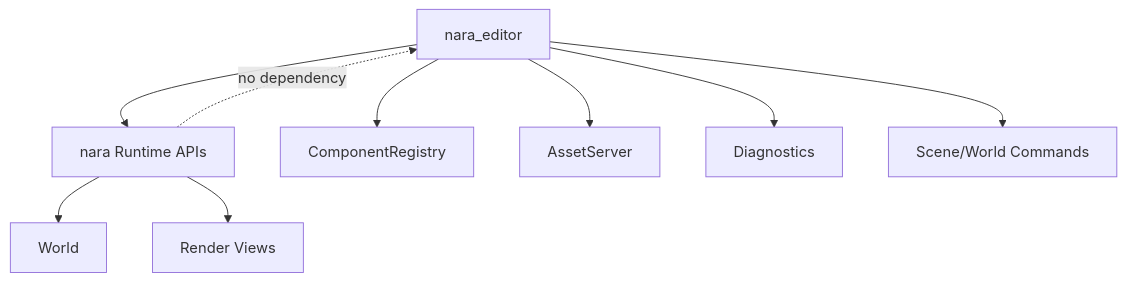
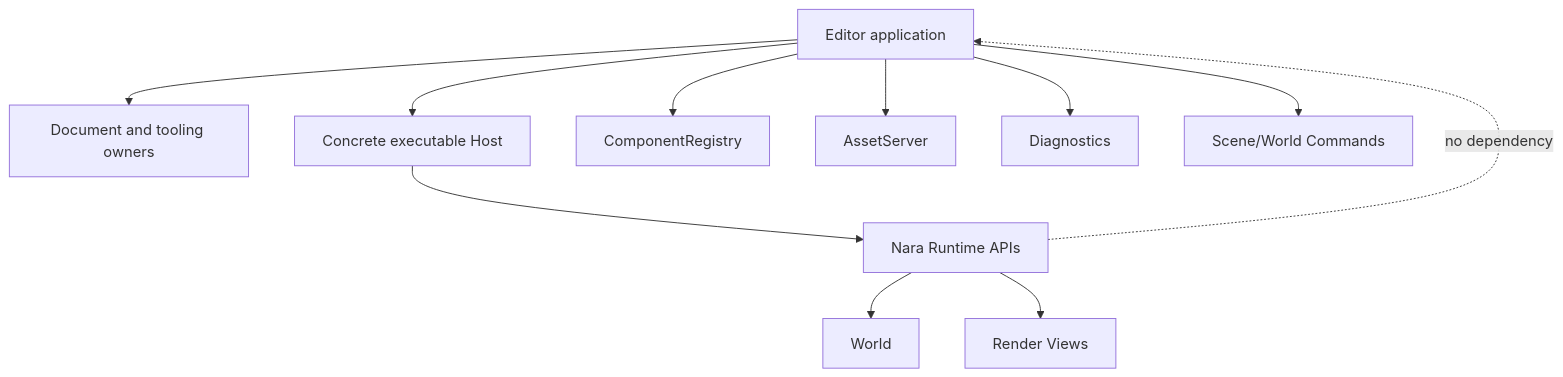
Before and after one commit to Latias94/nara: the diagram in docs/architecture/adr/0015-editor-tooling-and-dogfooding-boundary.md, drawn with Mermaid. The commit also changed other lines of this file and 39 other files, not shown here.

First line of the commit message:
docs(architecture): rebaseline foundation and extension design

````diff
--- a/docs/architecture/adr/0015-editor-tooling-and-dogfooding-boundary.md
+++ b/docs/architecture/adr/0015-editor-tooling-and-dogfooding-boundary.md
@@ -86,11 +117,13 @@
 ```mermaid
 flowchart TD
-    Editor[nara_editor] --> Runtime[nara Runtime APIs]
+    Editor[Editor application] --> Authoring[Document and tooling owners]
+    Editor --> Host[Concrete executable Host]
+    Host --> Runtime[Nara Runtime APIs]
     Editor --> Registry[ComponentRegistry]
     Editor --> Assets[AssetServer]
     Editor --> Diagnostics[Diagnostics]
     Editor --> Commands[Scene/World Commands]
     Runtime --> ECS[World]
     Runtime --> Render[Render Views]
     Runtime -. no dependency .-> Editor
 ```
````
